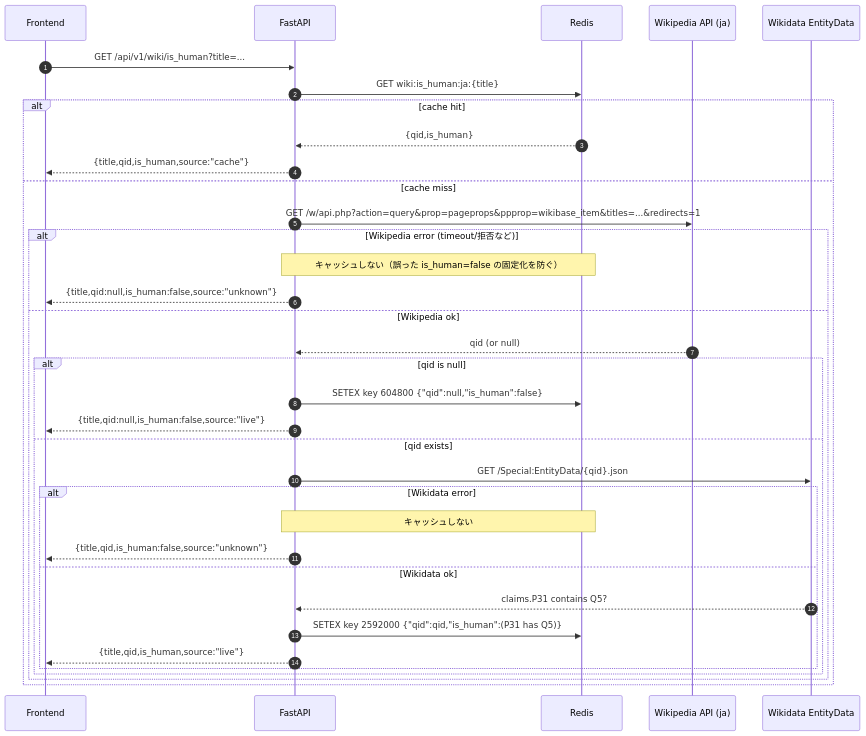
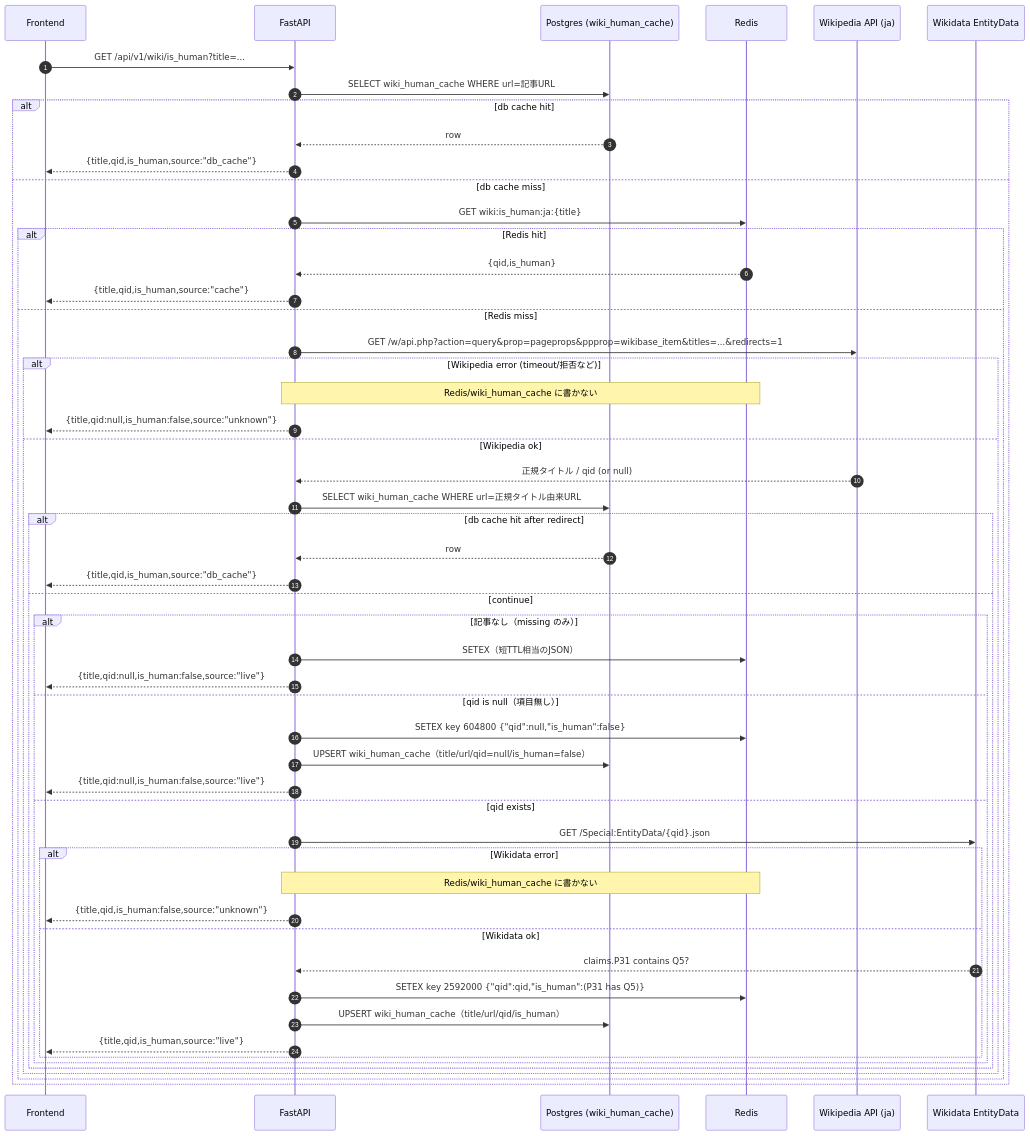
Before and after one commit to 5avvadaJ1r0/people_relation: the seventh of 13 diagrams in doc/api.md, drawn with Mermaid. The commit also changed other lines of this file and 16 other files, not shown here.

````diff
--- a/doc/api.md
+++ b/doc/api.md
@@ -391,38 +463,56 @@
 ```mermaid
 sequenceDiagram
     autonumber
     participant FE as Frontend
     participant API as FastAPI
+    participant DB as Postgres (wiki_human_cache)
     participant R as Redis
     participant WP as Wikipedia API (ja)
     participant WD as Wikidata EntityData
 
     FE->>API: GET /api/v1/wiki/is_human?title=...
-    API->>R: GET wiki:is_human:ja:{title}
-    alt cache hit
-        R-->>API: {qid,is_human}
-        API-->>FE: {title,qid,is_human,source:"cache"}
-    else cache miss
-        API->>WP: GET /w/api.php?action=query&prop=pageprops&ppprop=wikibase_item&titles=...&redirects=1
-        alt Wikipedia error (timeout/拒否など)
-            Note over API,R: キャッシュしない（誤った is_human=false の固定化を防ぐ）
-            API-->>FE: {title,qid:null,is_human:false,source:"unknown"}
-        else Wikipedia ok
-            WP-->>API: qid (or null)
-            alt qid is null
-                API->>R: SETEX key 604800 {"qid":null,"is_human":false}
-                API-->>FE: {title,qid:null,is_human:false,source:"live"}
-            else qid exists
-                API->>WD: GET /Special:EntityData/{qid}.json
-                alt Wikidata error
-                    Note over API,R: キャッシュしない
-                    API-->>FE: {title,qid,is_human:false,source:"unknown"}
-                else Wikidata ok
-                    WD-->>API: claims.P31 contains Q5?
-                    API->>R: SETEX key 2592000 {"qid":qid,"is_human":(P31 has Q5)}
-                    API-->>FE: {title,qid,is_human,source:"live"}
+    API->>DB: SELECT wiki_human_cache WHERE url=記事URL
+    alt db cache hit
+        DB-->>API: row
+        API-->>FE: {title,qid,is_human,source:"db_cache"}
+    else db cache miss
+        API->>R: GET wiki:is_human:ja:{title}
+        alt Redis hit
+            R-->>API: {qid,is_human}
+            API-->>FE: {title,qid,is_human,source:"cache"}
+        else Redis miss
+            API->>WP: GET /w/api.php?action=query&prop=pageprops&ppprop=wikibase_item&titles=...&redirects=1
+            alt Wikipedia error (timeout/拒否など)
+                Note over API,R: Redis/wiki_human_cache に書かない
+                API-->>FE: {title,qid:null,is_human:false,source:"unknown"}
+            else Wikipedia ok
+                WP-->>API: 正規タイトル / qid (or null)
+                API->>DB: SELECT wiki_human_cache WHERE url=正規タイトル由来URL
+                alt db cache hit after redirect
+                    DB-->>API: row
+                    API-->>FE: {title,qid,is_human,source:"db_cache"}
+                else continue
+                    alt 記事なし（missing のみ）
+                        API->>R: SETEX（短TTL相当のJSON）
+                        API-->>FE: {title,qid:null,is_human:false,source:"live"}
+                    else qid is null（項目無し）
+                        API->>R: SETEX key 604800 {"qid":null,"is_human":false}
+                        API->>DB: UPSERT wiki_human_cache（title/url/qid=null/is_human=false）
+                        API-->>FE: {title,qid:null,is_human:false,source:"live"}
+                    else qid exists
+                        API->>WD: GET /Special:EntityData/{qid}.json
+                        alt Wikidata error
+                            Note over API,R: Redis/wiki_human_cache に書かない
+                            API-->>FE: {title,qid,is_human:false,source:"unknown"}
+                        else Wikidata ok
+                            WD-->>API: claims.P31 contains Q5?
+                            API->>R: SETEX key 2592000 {"qid":qid,"is_human":(P31 has Q5)}
+                            API->>DB: UPSERT wiki_human_cache（title/url/qid/is_human）
+                            API-->>FE: {title,qid,is_human,source:"live"}
+                        end
+                    end
                 end
             end
         end
     end
 ```
````
